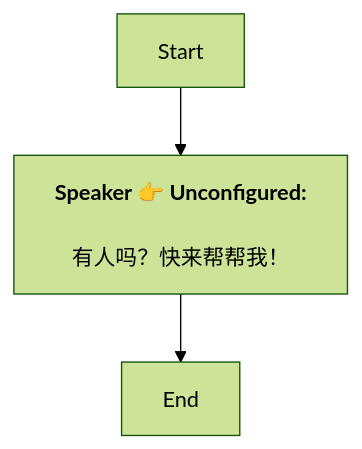
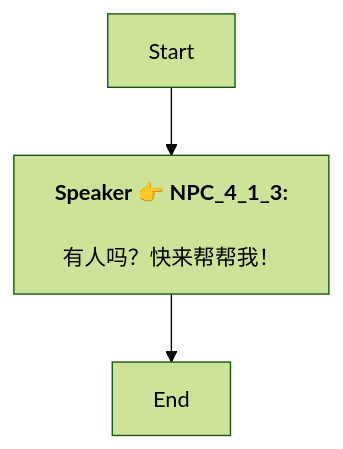
The diagram in Zh/QuestApproachDialogNode_1739063106994376.md (SoftHu/tos_avg), drawn with Mermaid (forest theme) before and after one commit. The commit also changed 737 other files, not shown here.

````diff
--- a/Zh/QuestApproachDialogNode_1739063106994376.md
+++ b/Zh/QuestApproachDialogNode_1739063106994376.md
@@ -1,8 +1,7 @@
 ```mermaid
 graph
-Start -->1739069851234500[<b>Speaker 👉 Unconfigured:</b>
-
-有人吗？快来帮帮我！]
+Start -->1739069851234500[<b>Speaker 👉 NPC_4_1_3:</b>
+\n有人吗？快来帮帮我！]
 1739069851234500 -->1739063222879437[End]
 
- ```
+```
````
